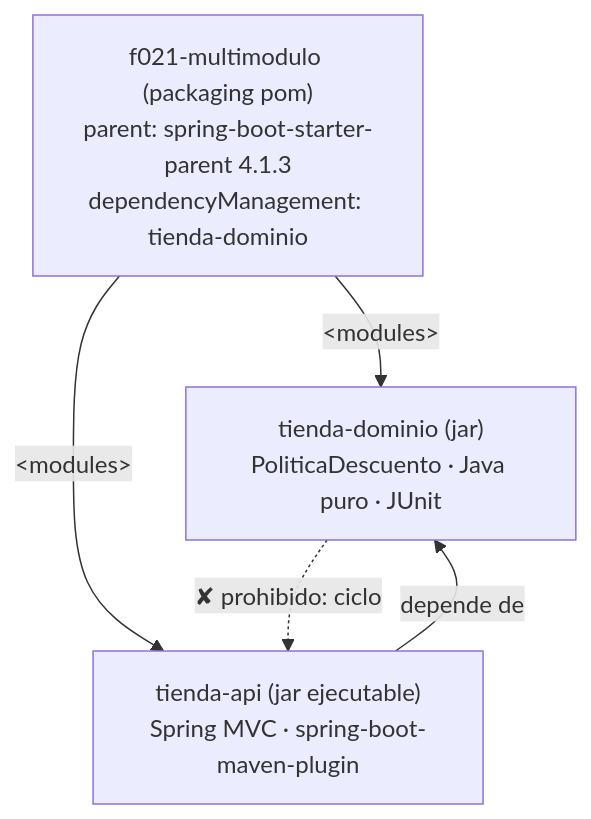
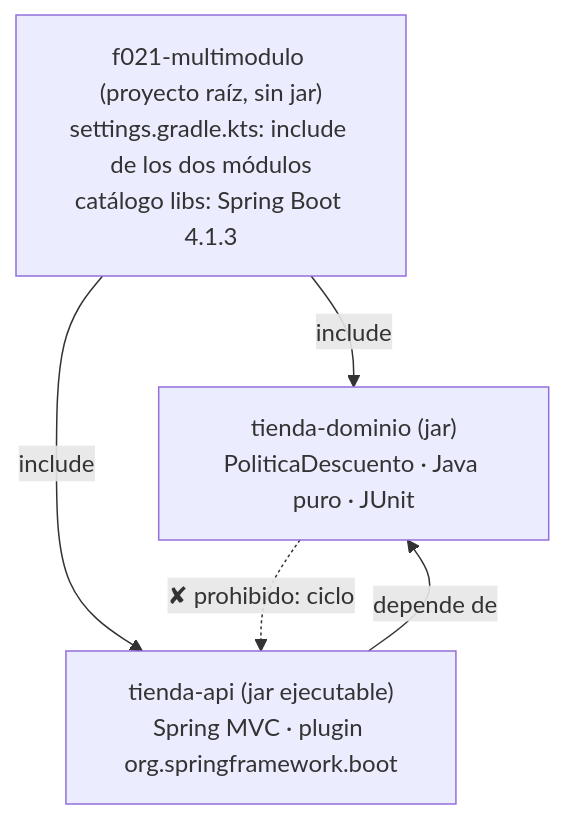
One commit to NICORUIZ93/The_Imperial_Book changed the sixth of 9 diagrams in web/public/content/microservices/modulo-5.md. Above: the diagram before and after it, drawn with Mermaid. The commit also changed other lines of this file and 346 other files, not shown here.

First line of the commit message:
Microservicios: laboratorios de Spring de Maven a Gradle (Kotlin DSL, wrapper, catálogo)

````diff
--- a/web/public/content/microservices/modulo-5.md
+++ b/web/public/content/microservices/modulo-5.md
@@ -1819,8 +1896,8 @@
 ```mermaid
 flowchart TB
-    P["f021-multimodulo (packaging pom)<br/>parent: spring-boot-starter-parent 4.1.3<br/>dependencyManagement: tienda-dominio"]
-    P -->|"#lt;modules#gt;"| D["tienda-dominio (jar)<br/>PoliticaDescuento · Java puro · JUnit"]
-    P -->|"#lt;modules#gt;"| A["tienda-api (jar ejecutable)<br/>Spring MVC · spring-boot-maven-plugin"]
+    P["f021-multimodulo (proyecto raíz, sin jar)<br/>settings.gradle.kts: include de los dos módulos<br/>catálogo libs: Spring Boot 4.1.3"]
+    P -->|"include"| D["tienda-dominio (jar)<br/>PoliticaDescuento · Java puro · JUnit"]
+    P -->|"include"| A["tienda-api (jar ejecutable)<br/>Spring MVC · plugin org.springframework.boot"]
     A -->|"depende de"| D
     D -. "✘ prohibido: ciclo" .-> A
 ```
````
